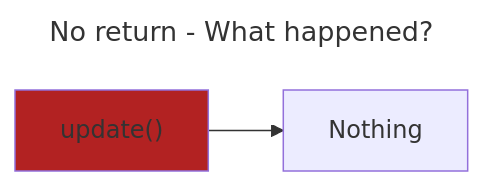
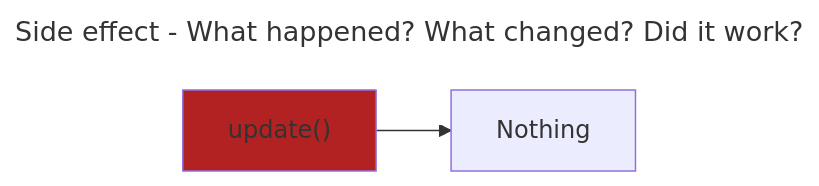
One commit to grierson/grierson changed the fifth of 14 diagrams in structure.md. Above: the diagram before and after it, drawn with Mermaid. The commit also changed other lines of this file, not shown here.

````diff
--- a/structure.md
+++ b/structure.md
@@ -88,8 +88,8 @@
 ```mermaid
 ---
-title: No return - What happened?
+title: Side effect - What happened? What changed? Did it work?
 ---
 flowchart LR
   style Now fill:FireBrick
   Now["update()"] --> Nothing
 ```
````
